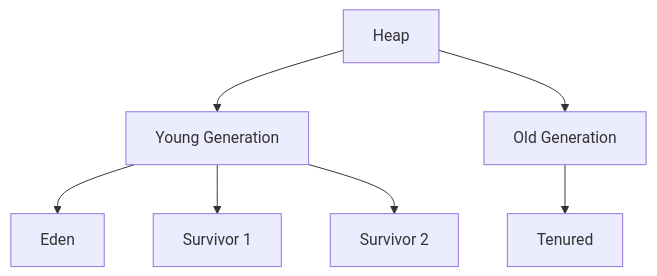
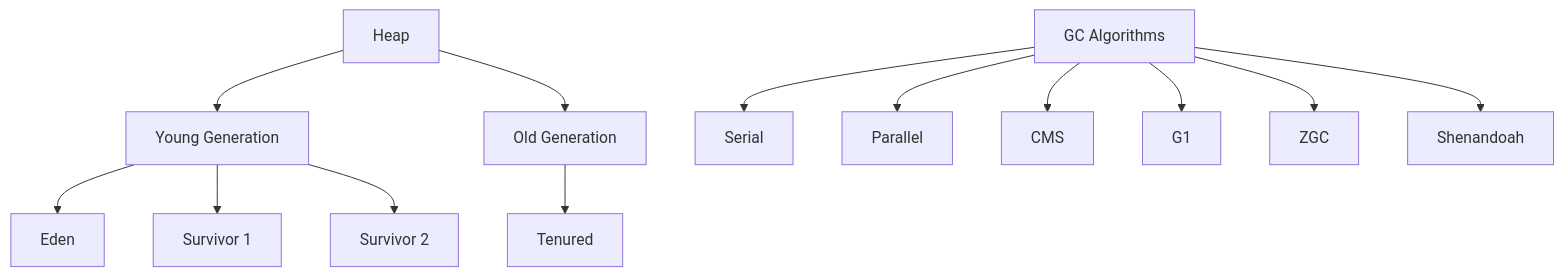
The diagram in garbage-collection-algorithms/README.md (VrushankPatel/interview-matters), drawn with Mermaid before and after one commit. The commit also changed other lines of this file and 5 other files, not shown here.

````diff
--- a/garbage-collection-algorithms/README.md
+++ b/garbage-collection-algorithms/README.md
@@ -27,9 +66,16 @@
 ```mermaid
 graph TD
     A[Heap] --> B[Young Generation]
     A --> C[Old Generation]
     B --> D[Eden]
     B --> E[Survivor 1]
     B --> F[Survivor 2]
     C --> G[Tenured]
+    
+    H[GC Algorithms] --> I[Serial]
+    H --> J[Parallel]
+    H --> K[CMS]
+    H --> L[G1]
+    H --> M[ZGC]
+    H --> N[Shenandoah]
 ```
````
